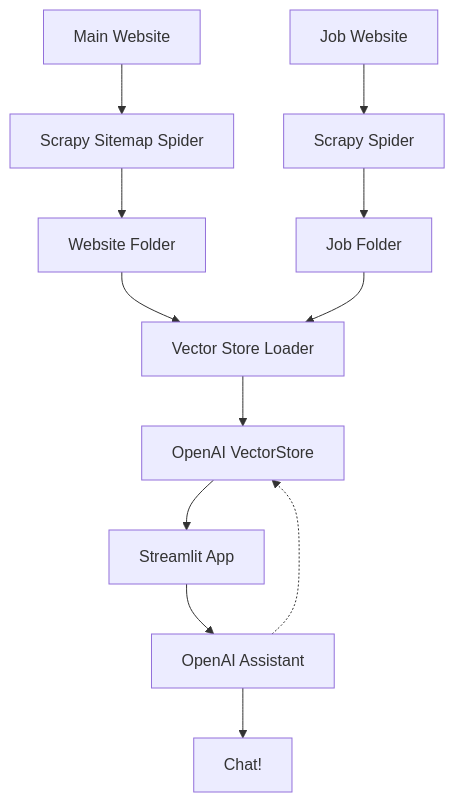
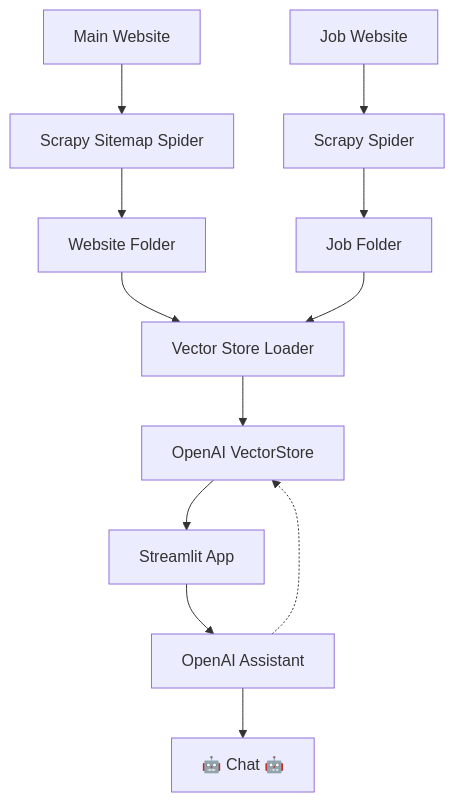
The diagram in README.md (NathNacht/regelgeving-bot), drawn with Mermaid before and after one commit. The commit also changed other lines of this file, not shown here.

````diff
--- a/README.md
+++ b/README.md
@@ -1,14 +2,14 @@
 ```mermaid
 graph TD;
     A[Main Website] --> B[Scrapy Sitemap Spider];
     A2[Job Website] --> B2[Scrapy Spider];
     B --> C[Website Folder];
     B2 --> C2[Job Folder];
     C --> D[Vector Store Loader];
     C2 --> D;
     D --> E[OpenAI VectorStore];
     E --> F[Streamlit App];
     F --> G[OpenAI Assistant];
     G -.-> E;
-    G --> H[Chat!];
+    G --> H[🤖 Chat 🤖];
 ```
````
